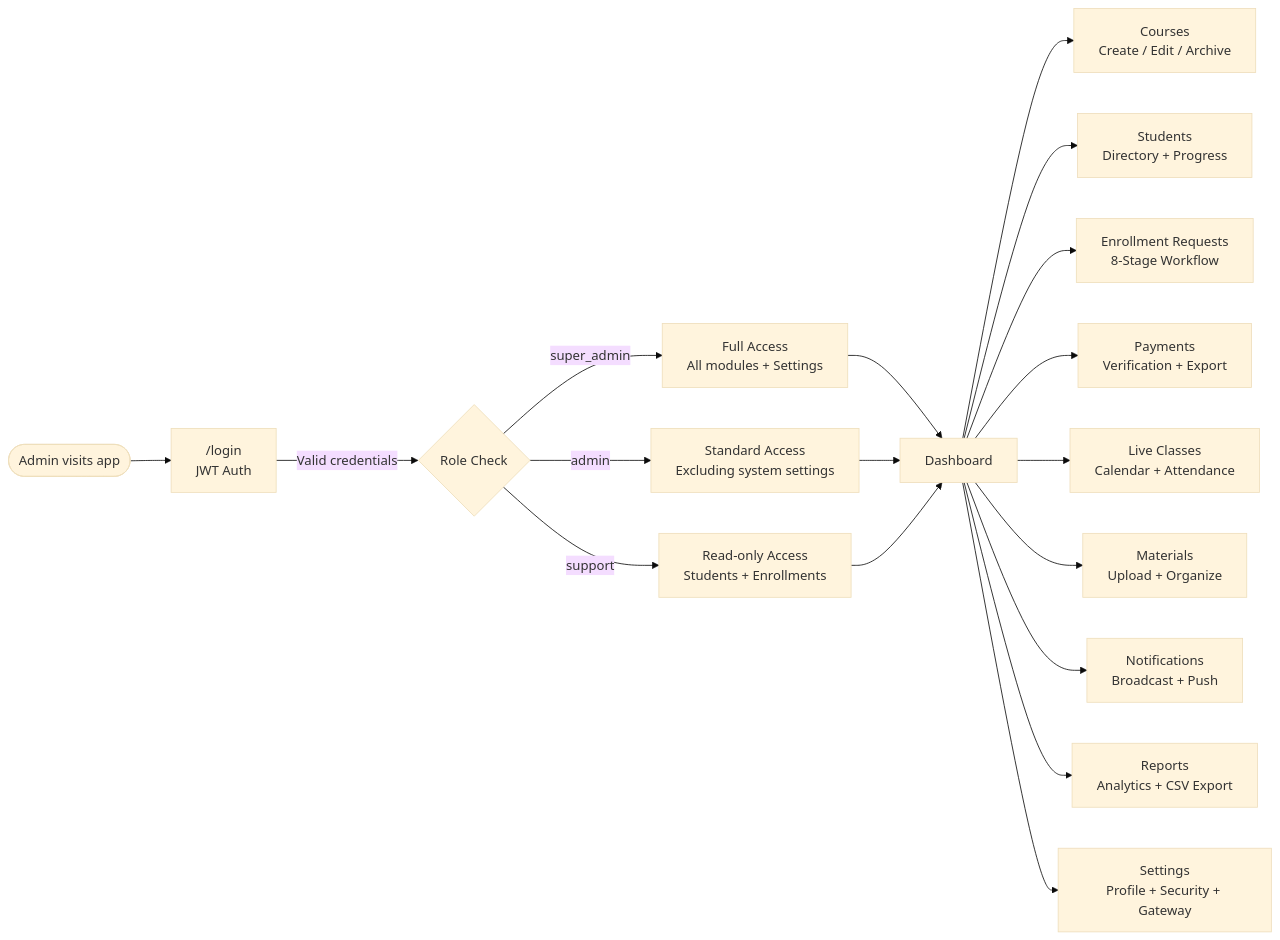
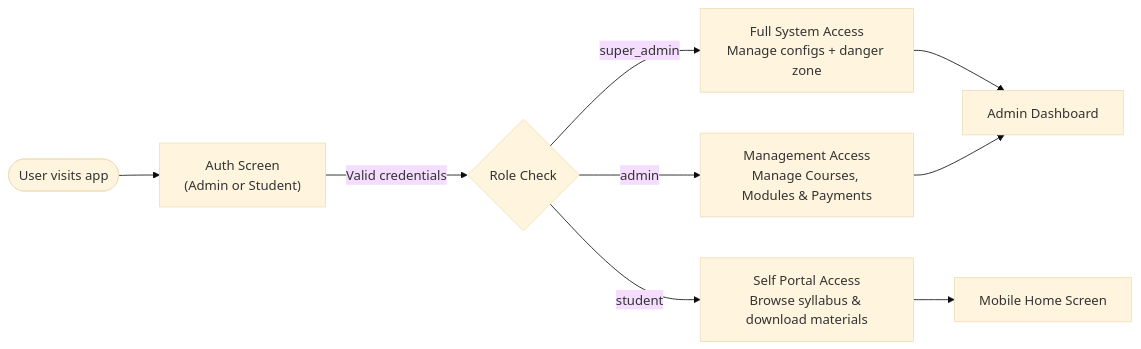
The second of 7 diagrams in README.md (Vinothkumar0311/e-learning), drawn with Mermaid (base theme) before and after one commit. The commit also changed other lines of this file and 33 other files, not shown here.

````diff
--- a/README.md
+++ b/README.md
@@ -249,23 +201,13 @@
 ```mermaid
 flowchart LR
-    START(["Admin visits app"]) --> LOGIN["/login\nJWT Auth"]
+    START(["User visits app"]) --> LOGIN["Auth Screen\n(Admin or Student)"]
     LOGIN -->|"Valid credentials"| AUTH{"Role Check"}
 
-    AUTH -->|"super_admin"| SA["Full Access\nAll modules + Settings"]
-    AUTH -->|"admin"| AD["Standard Access\nExcluding system settings"]
-    AUTH -->|"support"| SU["Read-only Access\nStudents + Enrollments"]
+    AUTH -->|"super_admin"| SA["Full System Access\nManage configs + danger zone"]
+    AUTH -->|"admin"| AD["Management Access\nManage Courses, Modules & Payments"]
+    AUTH -->|"student"| ST["Self Portal Access\nBrowse syllabus & download materials"]
 
-    SA --> DASH[Dashboard]
+    SA --> DASH[Admin Dashboard]
     AD --> DASH
-    SU --> DASH
-
-    DASH --> COURSES["Courses\nCreate / Edit / Archive"]
-    DASH --> STUDENTS["Students\nDirectory + Progress"]
-    DASH --> ENROLL["Enrollment Requests\n8-Stage Workflow"]
-    DASH --> PAY["Payments\nVerification + Export"]
-    DASH --> LIVE["Live Classes\nCalendar + Attendance"]
-    DASH --> MAT["Materials\nUpload + Organize"]
-    DASH --> NOTIF["Notifications\nBroadcast + Push"]
-    DASH --> REPORTS["Reports\nAnalytics + CSV Export"]
-    DASH --> SETTINGS["Settings\nProfile + Security + Gateway"]
+    ST --> HOME[Mobile Home Screen]
 ```
````
